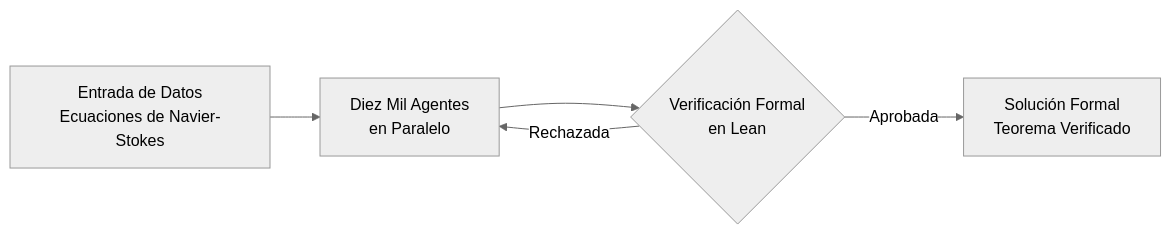
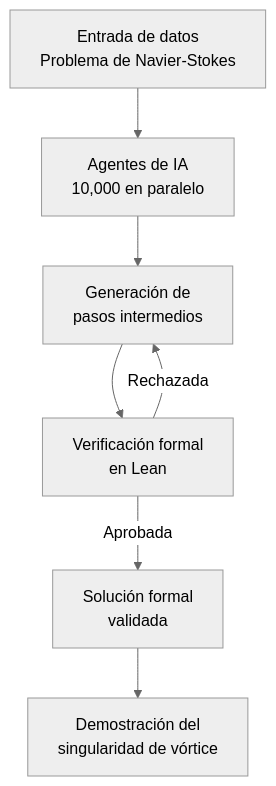
The diagram in _posts/2026-09-08-openai-navier-stokes-solucion.md (jsbaez/jsbaez.github.io), drawn with Mermaid (neutral theme) before and after one commit. The commit also changed other lines of this file and 1 other file, not shown here.

Commit message:
refactor(blog): refine post and visuals for openai-navier-stokes-solucion based on review

````diff
--- a/_posts/2026-09-08-openai-navier-stokes-solucion.md
+++ b/_posts/2026-09-08-openai-navier-stokes-solucion.md
@@ -38,7 +30,9 @@
 ```mermaid
-flowchart LR
-    A[Entrada de Datos<br/>Ecuaciones de Navier-Stokes] --> B[Diez Mil Agentes<br/>en Paralelo]
-    B --> C{Verificación Formal<br/>en Lean}
-    C -->|Aprobada| D[Solución Formal<br/>Teorema Verificado]
-    C -->|Rechazada| B
+flowchart TD
+    A[Entrada de datos<br/>Problema de Navier-Stokes] --> B[Agentes de IA<br/>10,000 en paralelo]
+    B --> C[Generación de<br/>pasos intermedios]
+    C --> D[Verificación formal<br/>en Lean]
+    D -->|Aprobada| E[Solución formal<br/>validada]
+    D -->|Rechazada| C
+    E --> F[Demostración del<br/>singularidad de vórtice]
 ```
````
